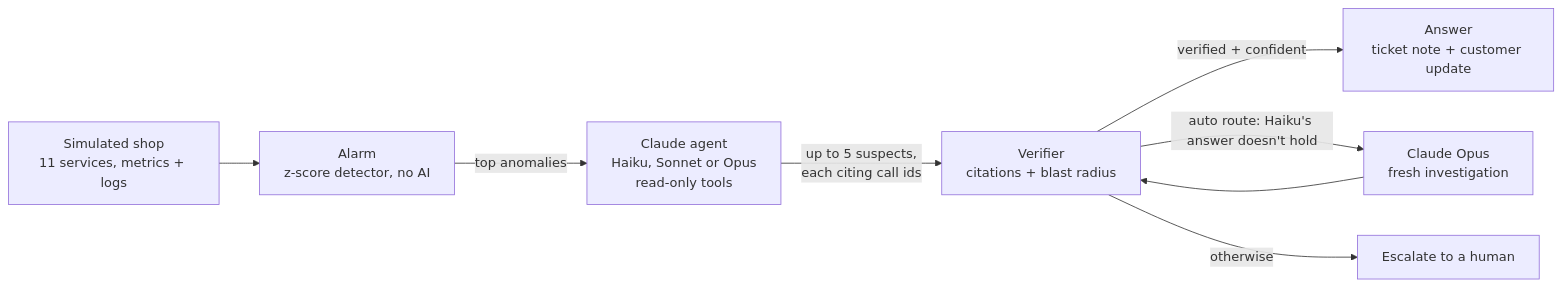
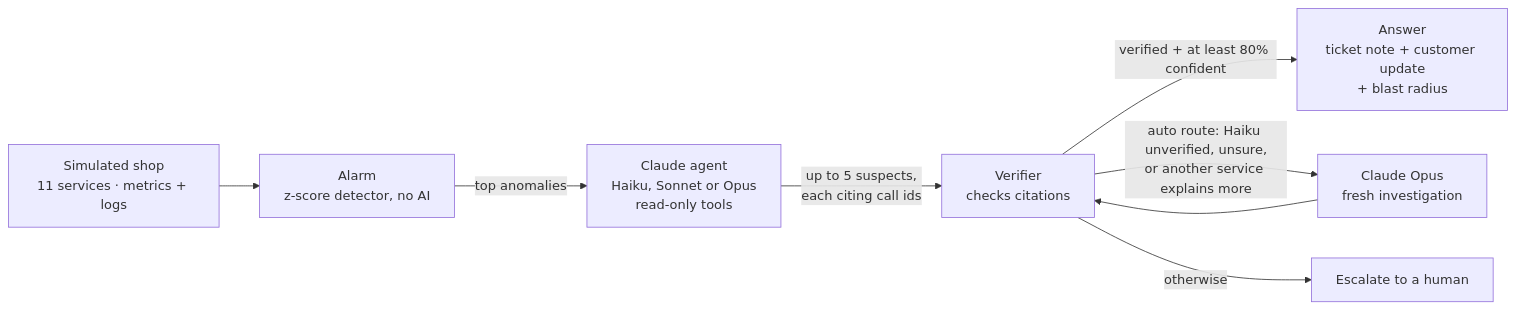
Before and after one commit to shaunmortal/sherlog: the diagram in README.md, drawn with Mermaid. The commit also changed other lines of this file and 10 other files, not shown here.

````diff
--- a/README.md
+++ b/README.md
@@ -90,10 +51,10 @@
 ```mermaid
 flowchart LR
-    S[Simulated shop<br/>11 services, metrics + logs] --> A[Alarm<br/>z-score detector, no AI]
+    S[Simulated shop<br/>11 services · metrics + logs] --> A[Alarm<br/>z-score detector, no AI]
     A -- top anomalies --> G[Claude agent<br/>Haiku, Sonnet or Opus<br/>read-only tools]
-    G -- up to 5 suspects,<br/>each citing call ids --> V[Verifier<br/>citations + blast radius]
-    V -- verified + confident --> H[Answer<br/>ticket note + customer update]
-    V -- auto route: Haiku's answer doesn't hold --> O[Claude Opus<br/>fresh investigation]
+    G -- up to 5 suspects,<br/>each citing call ids --> V[Verifier<br/>checks citations]
+    V -- verified + at least 80% confident --> H[Answer<br/>ticket note + customer update<br/>+ blast radius]
+    V -- auto route: Haiku unverified, unsure,<br/>or another service explains more --> O[Claude Opus<br/>fresh investigation]
     O --> V
     V -- otherwise --> E[Escalate to a human]
 ```
````
